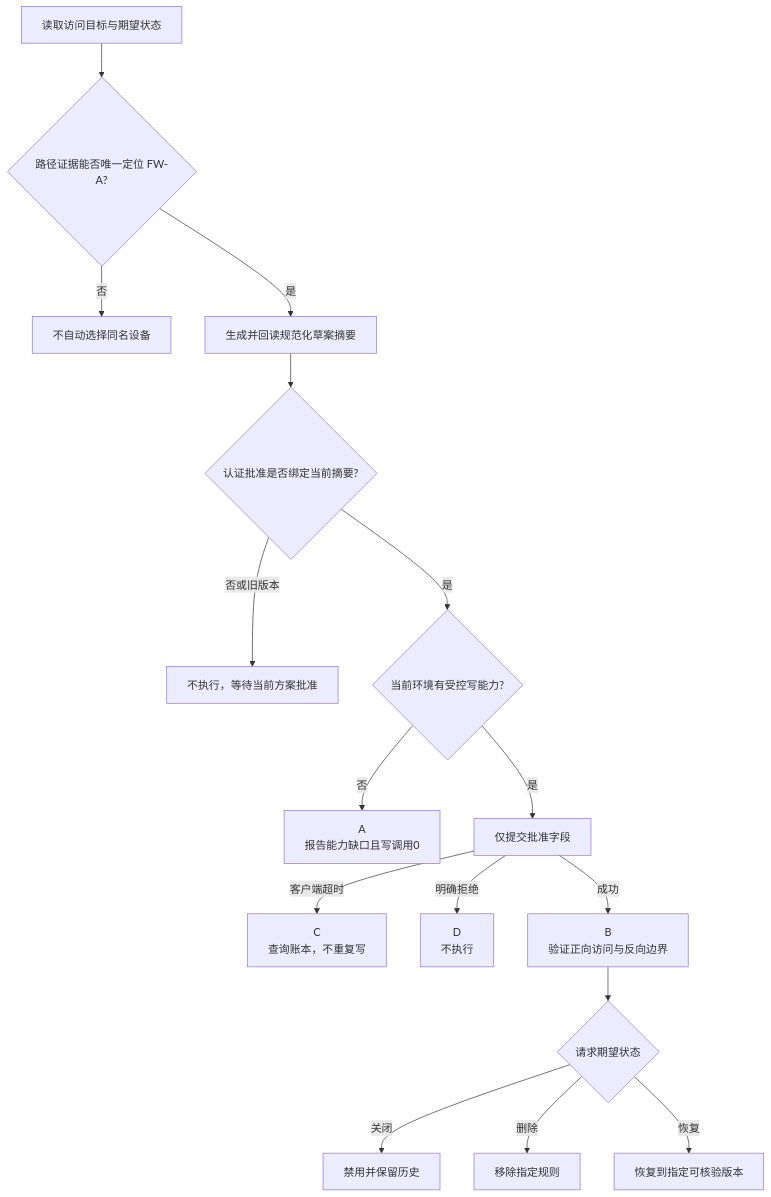
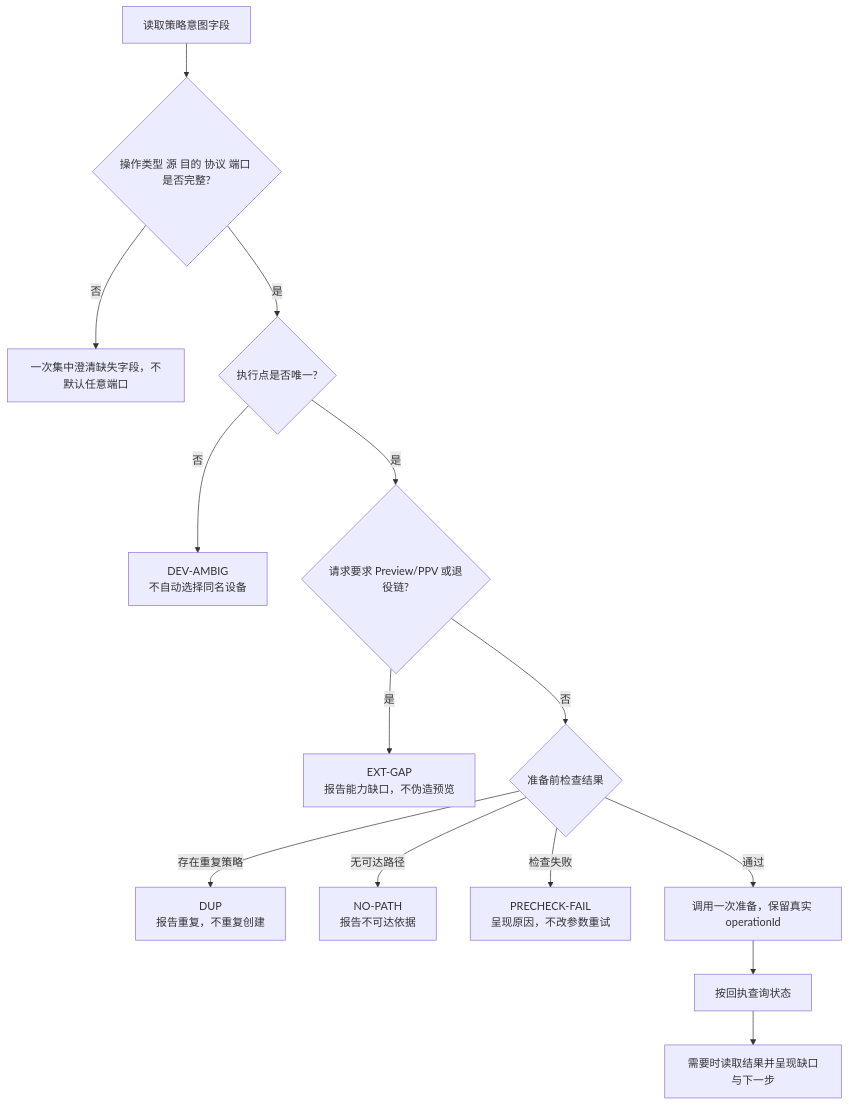
Diagram 13 of 16 in agents/security-operations-expert/evaluation.md (wr5912/ai-agent-harness), drawn with Mermaid before and after one commit. The commit also changed other lines of this file and 1 other file, not shown here.

````diff
--- a/agents/security-operations-expert/evaluation.md
+++ b/agents/security-operations-expert/evaluation.md
@@ -421,18 +469,16 @@
 ```mermaid
 flowchart TD
-    START[读取访问目标与期望状态] --> DEVICE{路径证据能否唯一定位 FW-A?}
-    DEVICE -- 否 --> CLARIFY[不自动选择同名设备]
-    DEVICE -- 是 --> DRAFT[生成并回读规范化草案摘要]
-    DRAFT --> APPROVAL{认证批准是否绑定当前摘要?}
-    APPROVAL -- 否或旧版本 --> WAIT[不执行，等待当前方案批准]
-    APPROVAL -- 是 --> CAPABILITY{当前环境有受控写能力?}
-    CAPABILITY -- 否 --> NO_WRITE[A<br/>报告能力缺口且写调用0]
-    CAPABILITY -- 是 --> SUBMIT[仅提交批准字段]
-    SUBMIT -- 客户端超时 --> LEDGER[C<br/>查询账本，不重复写]
-    SUBMIT -- 明确拒绝 --> REJECTED[D<br/>不执行]
-    SUBMIT -- 成功 --> VERIFY[B<br/>验证正向访问与反向边界]
-    VERIFY --> STATE{请求期望状态}
-    STATE -- 关闭 --> DISABLE[禁用并保留历史]
-    STATE -- 删除 --> DELETE[移除指定规则]
-    STATE -- 恢复 --> RESTORE[恢复到指定可核验版本]
+    START[读取策略意图字段] --> FIELDS{操作类型 源 目的 协议 端口 是否完整?}
+    FIELDS -- 否 --> CLARIFY[一次集中澄清缺失字段，不默认任意端口]
+    FIELDS -- 是 --> TARGET{执行点是否唯一?}
+    TARGET -- 否 --> AMBIG[DEV-AMBIG<br/>不自动选择同名设备]
+    TARGET -- 是 --> LEGACY{请求要求 Preview/PPV 或退役链?}
+    LEGACY -- 是 --> GAP[EXT-GAP<br/>报告能力缺口，不伪造预览]
+    LEGACY -- 否 --> PRECHECK{准备前检查结果}
+    PRECHECK -- 存在重复策略 --> DUP[DUP<br/>报告重复，不重复创建]
+    PRECHECK -- 无可达路径 --> NOPATH[NO-PATH<br/>报告不可达依据]
+    PRECHECK -- 检查失败 --> FAIL[PRECHECK-FAIL<br/>呈现原因，不改参数重试]
+    PRECHECK -- 通过 --> PREPARE[调用一次准备，保留真实 operationId]
+    PREPARE --> STATUS[按回执查询状态]
+    STATUS --> RESULT[需要时读取结果并呈现缺口与下一步]
 ```
````
